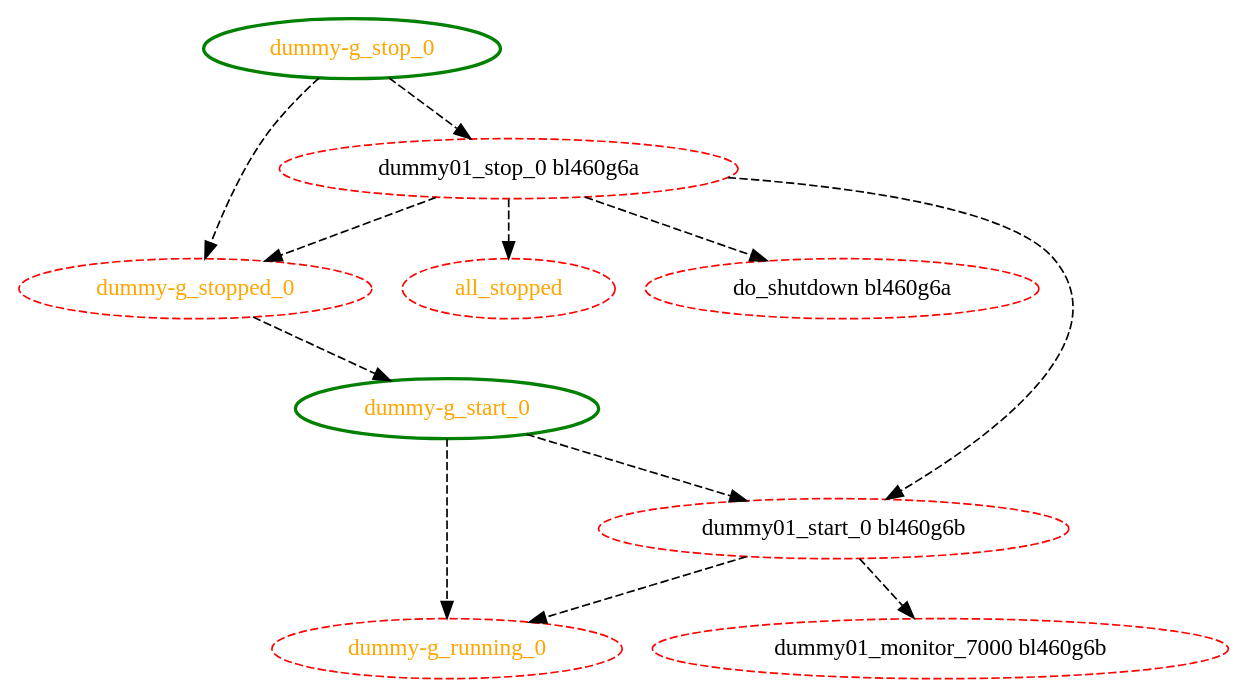
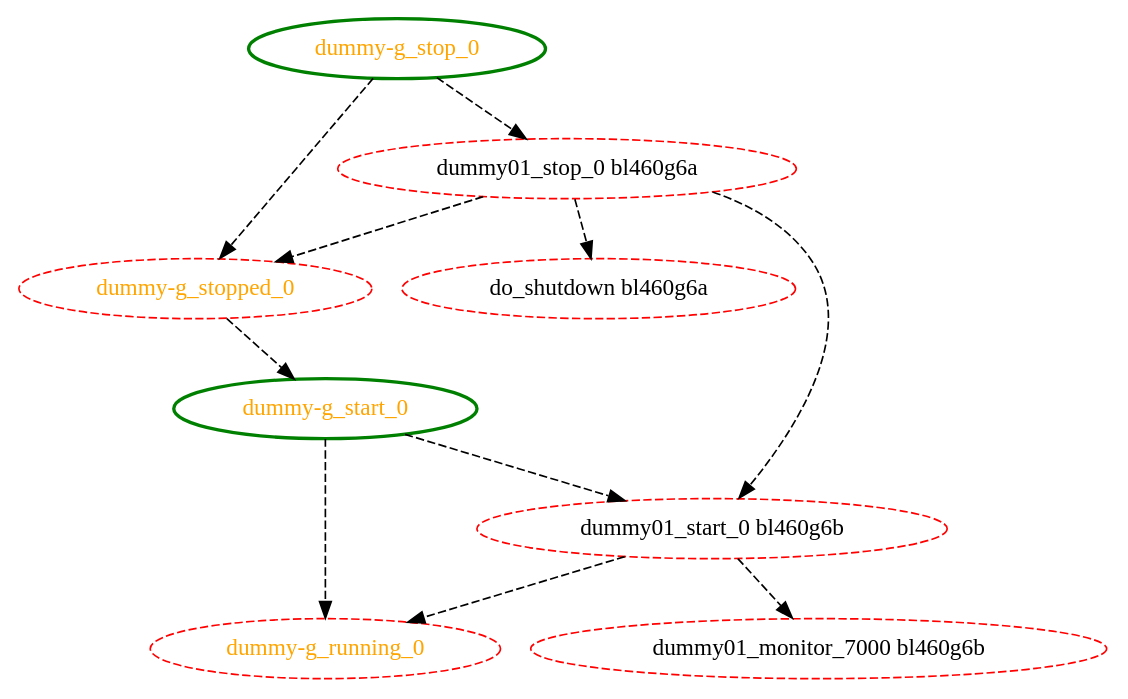
One commit to eurolinux-enterprise-linux-sources/pacemaker changed the diagram in src/pengine/test10/bug-5028.dot. Above: the diagram before and after it, drawn with Graphviz. The commit also changed 1674 other files, not shown here.

```diff
--- a/src/pengine/test10/bug-5028.dot
+++ b/src/pengine/test10/bug-5028.dot
@@ -1,22 +1,20 @@
 digraph "g" {
-"all_stopped" [ style=dashed color="red" fontcolor="orange"]
 "do_shutdown bl460g6a" [ style=dashed color="red" fontcolor="black"]
 "dummy-g_running_0" [ style=dashed color="red" fontcolor="orange"]
 "dummy-g_start_0" -> "dummy-g_running_0" [ style = dashed]
 "dummy-g_start_0" -> "dummy01_start_0 bl460g6b" [ style = dashed]
 "dummy-g_start_0" [ style=bold color="green" fontcolor="orange"]
 "dummy-g_stop_0" -> "dummy-g_stopped_0" [ style = dashed]
 "dummy-g_stop_0" -> "dummy01_stop_0 bl460g6a" [ style = dashed]
 "dummy-g_stop_0" [ style=bold color="green" fontcolor="orange"]
 "dummy-g_stopped_0" -> "dummy-g_start_0" [ style = dashed]
 "dummy-g_stopped_0" [ style=dashed color="red" fontcolor="orange"]
 "dummy01_monitor_7000 bl460g6b" [ style=dashed color="red" fontcolor="black"]
 "dummy01_start_0 bl460g6b" -> "dummy-g_running_0" [ style = dashed]
 "dummy01_start_0 bl460g6b" -> "dummy01_monitor_7000 bl460g6b" [ style = dashed]
 "dummy01_start_0 bl460g6b" [ style=dashed color="red" fontcolor="black"]
-"dummy01_stop_0 bl460g6a" -> "all_stopped" [ style = dashed]
 "dummy01_stop_0 bl460g6a" -> "do_shutdown bl460g6a" [ style = dashed]
 "dummy01_stop_0 bl460g6a" -> "dummy-g_stopped_0" [ style = dashed]
 "dummy01_stop_0 bl460g6a" -> "dummy01_start_0 bl460g6b" [ style = dashed]
 "dummy01_stop_0 bl460g6a" [ style=dashed color="red" fontcolor="black"]
 }
```
